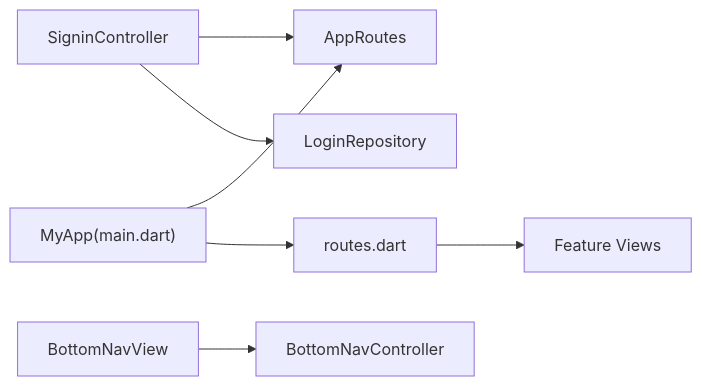
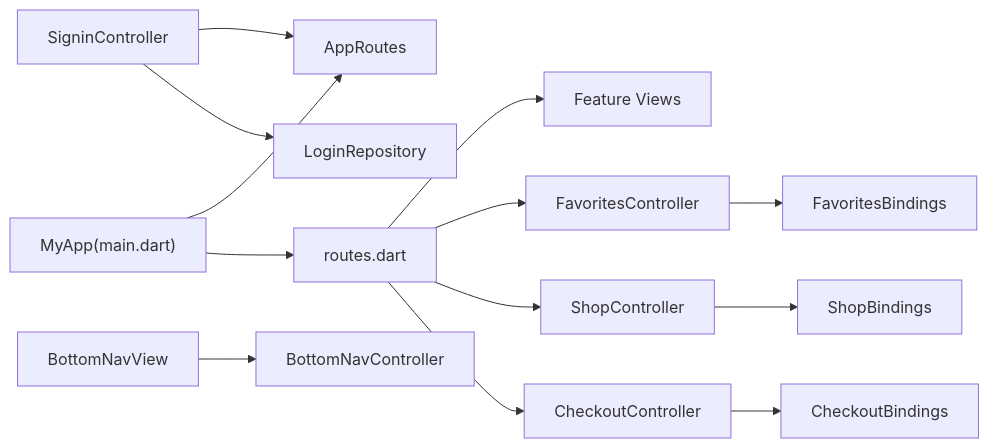
One commit to Ariful3111/FurniGo changed the eighth of 8 diagrams in .qoder/repowiki/en/content/Architecture Overview/Routing and Navigation.md. Above: the diagram before and after it, drawn with Mermaid. The commit also changed other lines of this file and 15 other files, not shown here.

````diff
--- a/.qoder/repowiki/en/content/Architecture Overview/Routing and Navigation.md
+++ b/.qoder/repowiki/en/content/Architecture Overview/Routing and Navigation.md
@@ -261,9 +437,15 @@
 ```mermaid
 graph LR
 SIGNIN["SigninController"] --> APPRT["AppRoutes"]
 SIGNIN --> REPO["LoginRepository"]
 BOTTOMNAV["BottomNavView"] --> CTRL["BottomNavController"]
+FAVORITES["FavoritesController"] --> FAVBIND["FavoritesBindings"]
+SHOP["ShopController"] --> SHOBBIND["ShopBindings"]
+CHECKOUT["CheckoutController"] --> CHECKBIND["CheckoutBindings"]
 MAIN["MyApp(main.dart)"] --> APPRT
 MAIN --> ROUTES["routes.dart"]
 ROUTES --> VIEWS["Feature Views"]
+ROUTES --> FAVORITES
+ROUTES --> SHOP
+ROUTES --> CHECKOUT
 ```
````
